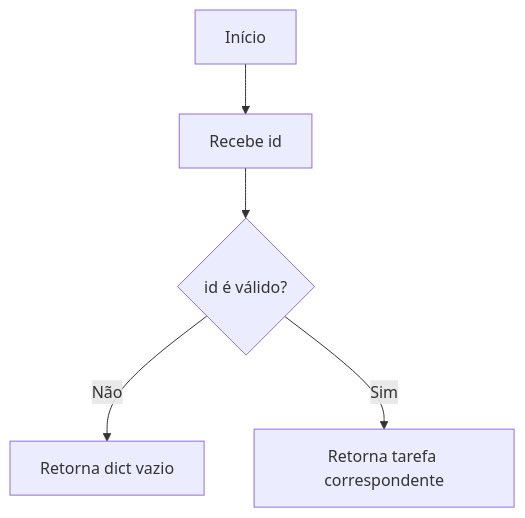
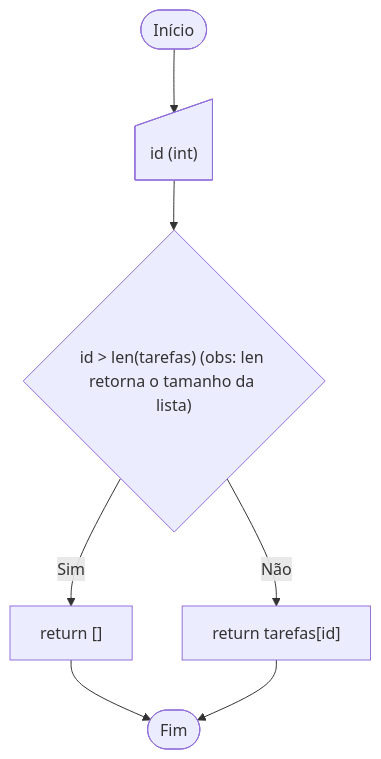
The fourth of 7 diagrams in Fluxograms/README.md (kf-martins-uel/algoritmos-crud), drawn with Mermaid before and after one commit. The commit also changed other lines of this file and 1 other file, not shown here.

````diff
--- a/Fluxograms/README.md
+++ b/Fluxograms/README.md
@@ -29,7 +45,9 @@
 ```mermaid
 flowchart TD
-    A[Início] --> B[Recebe id]
-    B --> C{id é válido?}
-    C -- Não --> D[Retorna dict vazio]
-    C -- Sim --> E[Retorna tarefa correspondente]
+    A(["Início"]) --> Input@{shape: manual-input, label: "id (int)"}
+    Input --> B{"id > len(tarefas) (obs: len retorna o tamanho da lista)"}
+    B -- Sim --> C["return []"]
+    B -- Não --> D["return tarefas[id]"]
+    C --> E(["Fim"])
+    D --> E
 ```
````
